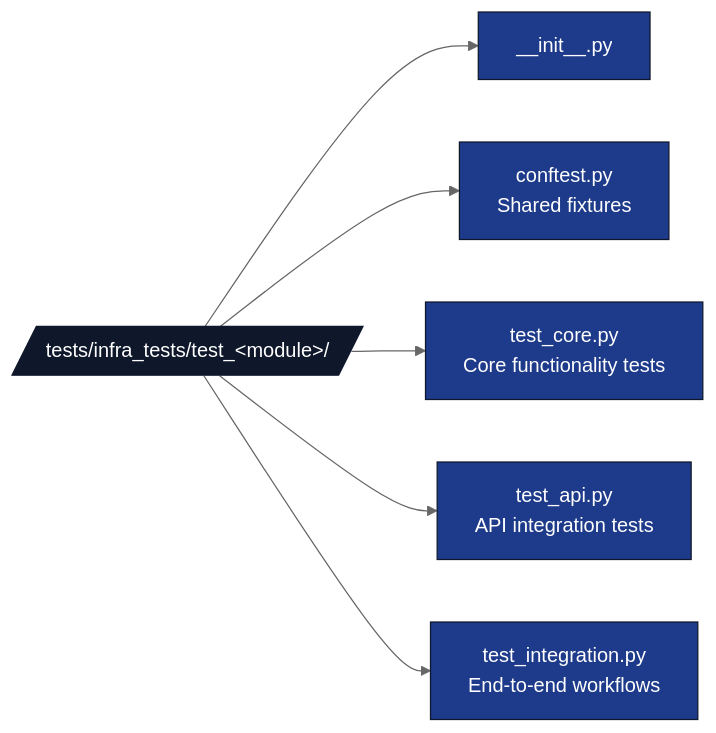
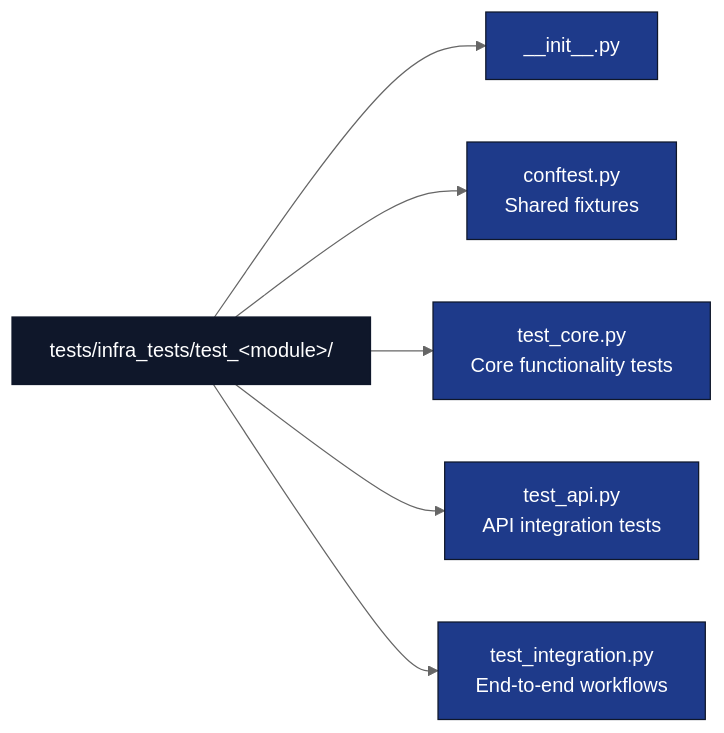
The second of 3 diagrams in docs/rules/infrastructure_modules.md (docxology/template), drawn with Mermaid (neutral theme) before and after one commit. The commit also changed other lines of this file and 94 other files, not shown here.

````diff
--- a/docs/rules/infrastructure_modules.md
+++ b/docs/rules/infrastructure_modules.md
@@ -41,14 +41,14 @@
 ```mermaid
 flowchart LR
-    T[/tests/infra_tests/test_&lt;module&gt;//]
+    T[tests/infra_tests/test_&lt;module&gt;/]
     T --> INIT[__init__.py]
     T --> CFG[conftest.py<br/>Shared fixtures]
     T --> CORE[test_core.py<br/>Core functionality tests]
     T --> API[test_api.py<br/>API integration tests]
     T --> INTEG[test_integration.py<br/>End-to-end workflows]
 
     classDef d fill:#0f172a,stroke:#0f172a,color:#fff
     classDef code fill:#1e3a8a,stroke:#0f172a,color:#fff
     class T d
     class INIT,CFG,CORE,API,INTEG code
 ```
````
